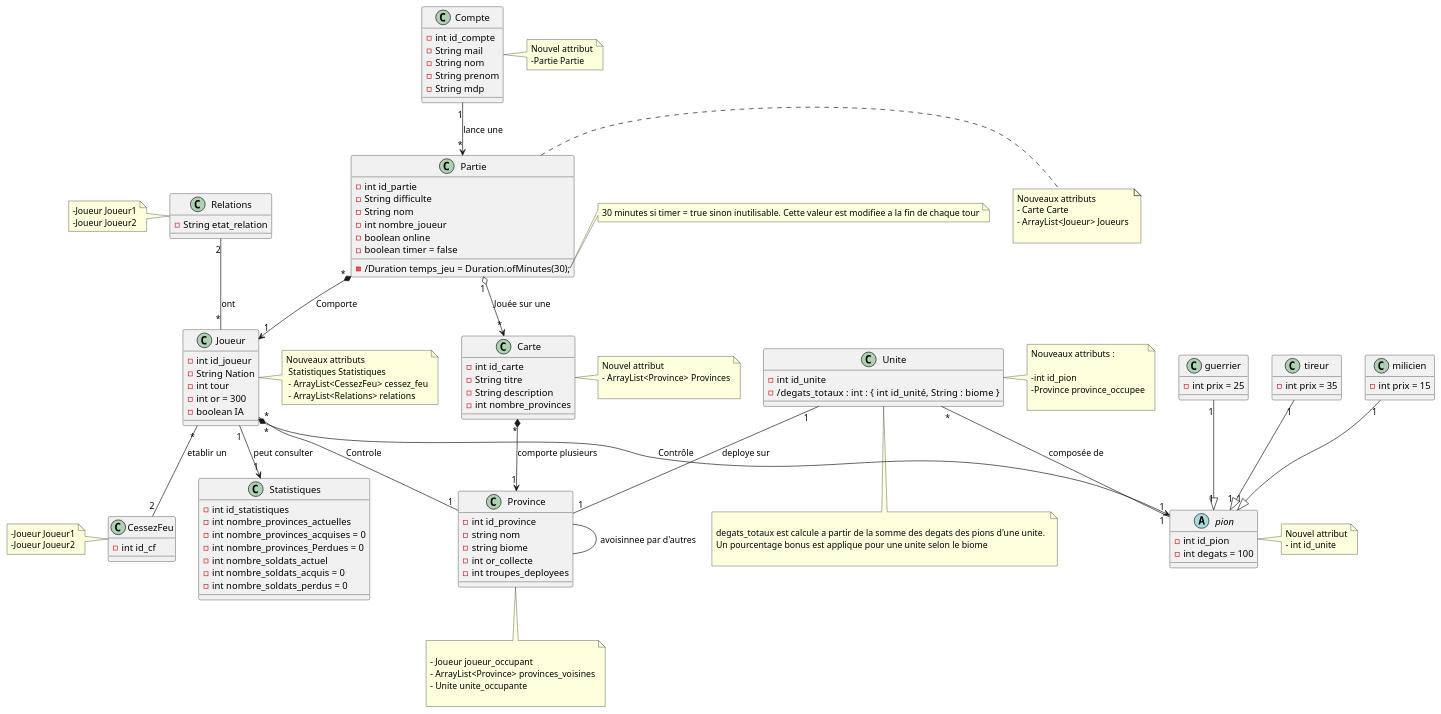
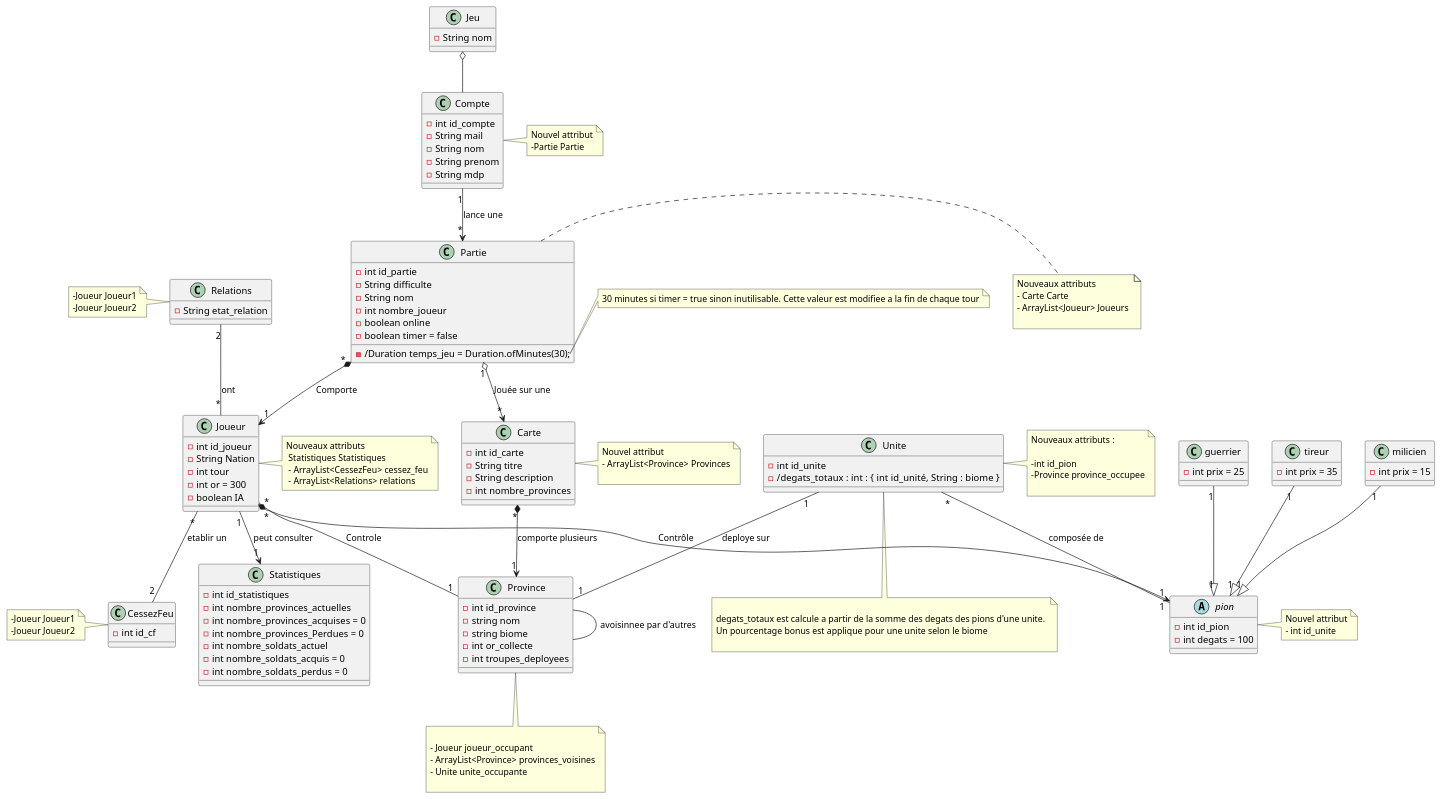
One commit to ourariwassim/artofwar_wassimnader changed the diagram in diagrammes/classDiagram_2r.pu. Above: the diagram before and after it, drawn with PlantUML.

```diff
--- a/diagrammes/classDiagram_2r.pu
+++ b/diagrammes/classDiagram_2r.pu
@@ -1,192 +1,200 @@
 @startuml
+
+
+class Jeu{
+
+- String nom
+
+}
+
 class Compte {
   - int id_compte
   - String mail
   - String nom
   - String prenom
   - String mdp
 
   
 }
 note right of Compte
  Nouvel attribut
  -Partie Partie
 end note
 
  class Partie {
    - int id_partie
    - String difficulte   
    - String nom
    - int nombre_joueur
    - boolean online 
    - boolean timer = false 
    - /Duration temps_jeu = Duration.ofMinutes(30);
 
 }
 
 
 note right of Partie
 Nouveaux attributs
 - Carte Carte
 - ArrayList<Joueur> Joueurs 
  
 end note
 
 note right of Partie::temps_jeu
 30 minutes si timer = true sinon inutilisable. Cette valeur est modifiee a la fin de chaque tour
 end note
 
 
 class Carte {
 
   - int id_carte
   - String titre
   - String description
   - int nombre_provinces
 
 
   
 }
 note right of Carte
 Nouvel attribut
 - ArrayList<Province> Provinces
 
 end note
 
 
  abstract class pion{
 
  - int id_pion
  - int degats = 100
 }
 
 note right of pion
 Nouvel attribut
 - int id_unite
 end note
 
 class guerrier{
 
 - int prix = 25
 }
 class tireur{
 
 - int prix = 35
 }
 class milicien{
 
 - int prix = 15
 }
 
 class Joueur {
 
   - int id_joueur
   - String Nation
   - int tour
   - int or = 300
   - boolean IA
 
 }
 
 note right of Joueur 
 Nouveaux attributs
  Statistiques Statistiques
  - ArrayList<CessezFeu> cessez_feu
  - ArrayList<Relations> relations
   end note
 
 
 
 
 class Statistiques {
   - int id_statistiques
   - int nombre_provinces_actuelles
   - int nombre_provinces_acquises = 0
   - int nombre_provinces_Perdues = 0 
   - int nombre_soldats_actuel  
   - int nombre_soldats_acquis = 0
   - int nombre_soldats_perdus = 0
 
 }
 class Province {
   
   - int id_province
   - string nom 
   - string biome
   - int or_collecte
   - int troupes_deployees
 
 }
 note bottom of Province
 
   - Joueur joueur_occupant
   - ArrayList<Province> provinces_voisines
   - Unite unite_occupante
 
 end note 
 
 
 class Unite{
 
 - int id_unite
 - /degats_totaux : int : { int  id_unité, String : biome }
 
 }
 
 note bottom of Unite
 
 degats_totaux est calcule a partir de la somme des degats des pions d'une unite. 
 Un pourcentage bonus est applique pour une unite selon le biome
 
 end note
 
 note right of Unite
 Nouveaux attributs :
 
 -int id_pion
 -Province province_occupee
 
 end note
 
 class CessezFeu{
 
 - int id_cf
 
 
 }
 
 
 class Relations {
     - String etat_relation
 
 }
 
 
 note left of Relations 
 -Joueur Joueur1
 -Joueur Joueur2
 end note
 
 
 note left of CessezFeu 
 -Joueur Joueur1
 -Joueur Joueur2
 end note
 
 Relations "2" -- "*" Joueur : ont
-
+Jeu o--Compte 
 Compte "1" --> "*" Partie :  lance une
 Partie "1" o--> "*" Carte:  Jouée sur une
 Partie "*" *--> "1" Joueur :  Comporte
 Joueur "*" *--> "1" pion :  Contrôle 
 Joueur "*" -- "1" Province :  Controle 
 Joueur "1" --> "1" Statistiques :  peut consulter
 guerrier "1" --|> "1" pion
 milicien "1" --|> "1" pion
 tireur "1" --|> "1" pion
 Unite "*"-- "1" pion :  composée de
 Unite "1" -- "1" Province :  deploye sur 
 Carte "*" *--> "1" Province :  comporte plusieurs
 Province--Province: avoisinnee par d'autres
 Joueur "*" -- "2"CessezFeu : etablir un
 @enduml
```
